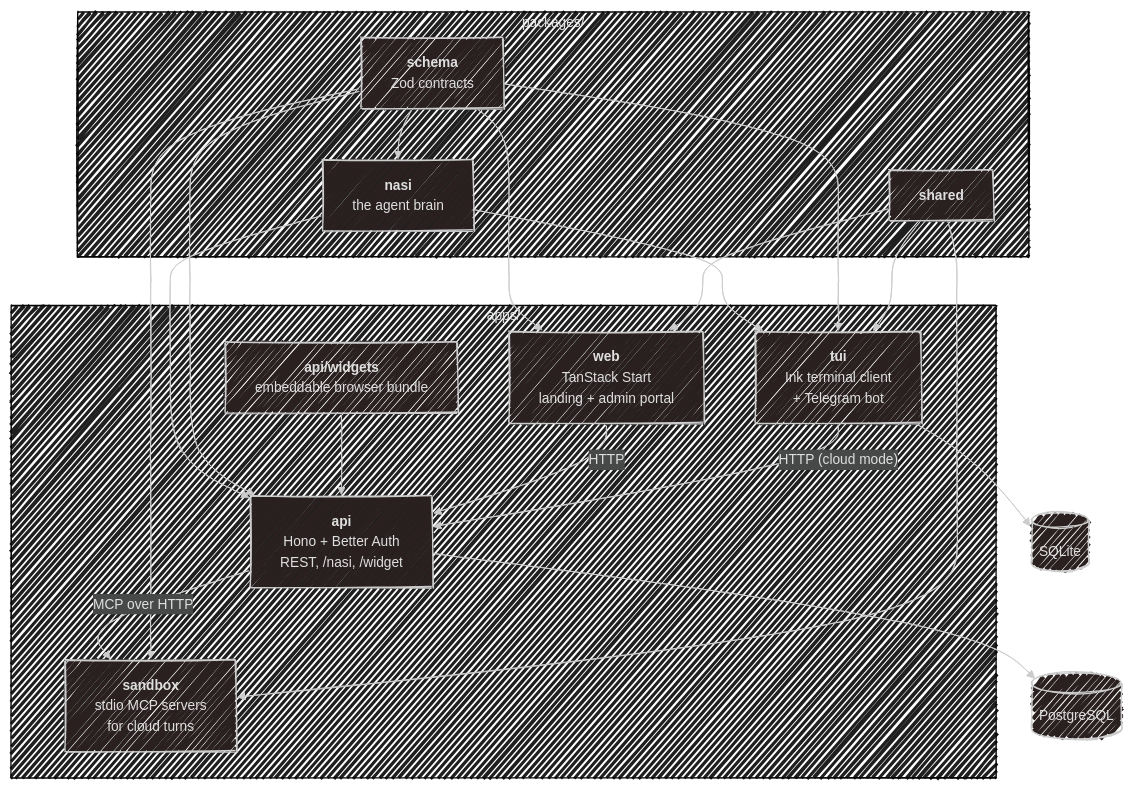
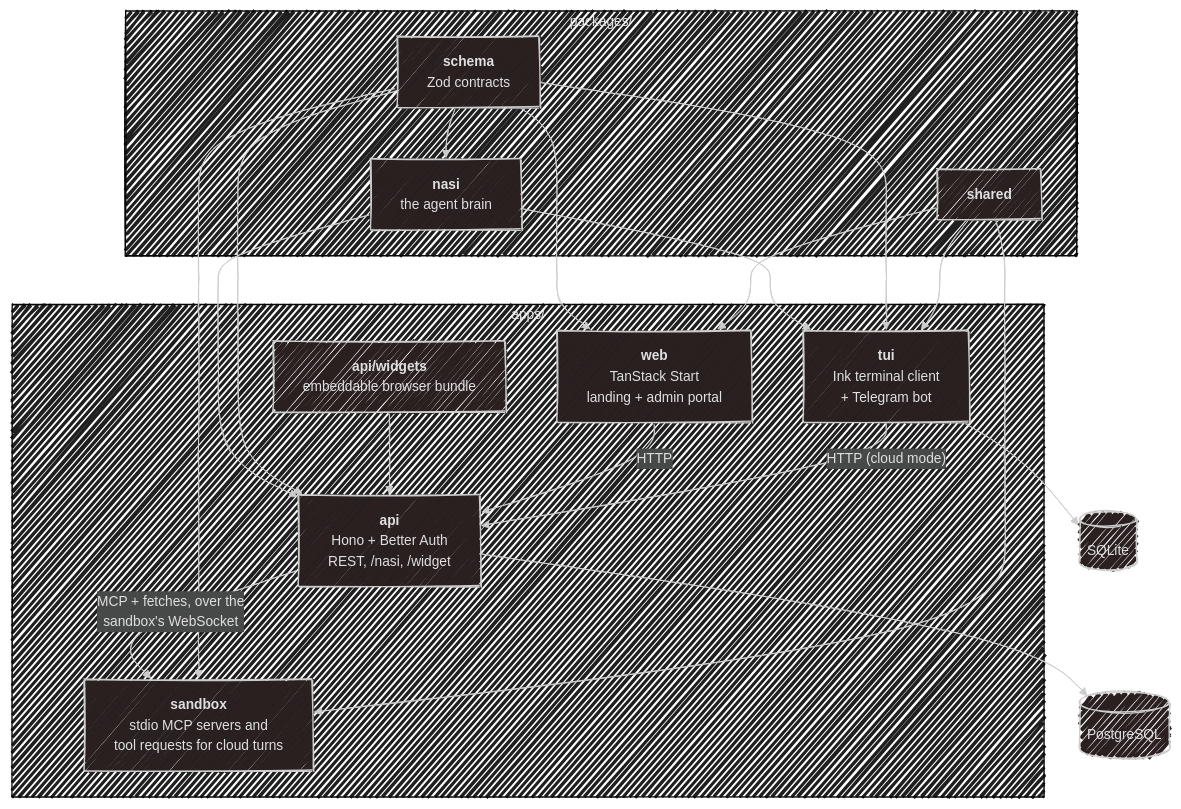
The diagram in docs/development/architecture.md (SubZtep/kaja), drawn with Mermaid before and after one commit. The commit also changed other lines of this file and 112 other files, not shown here.

````diff
--- a/docs/development/architecture.md
+++ b/docs/development/architecture.md
@@ -16,39 +16,39 @@
 ```mermaid
 ---
 config:
   look: handDrawn
   theme: neo-dark
 ---
 flowchart TD
     subgraph Apps["apps/"]
         API["<b>api</b><br>Hono + Better Auth<br>REST, /nasi, /widget"]
         WEB["<b>web</b><br>TanStack Start<br>landing + admin portal"]
         TUI["<b>tui</b><br>Ink terminal client<br>+ Telegram bot"]
         WID["<b>api/widgets</b><br>embeddable browser bundle"]
-        SBX["<b>sandbox</b><br>stdio MCP servers<br>for cloud turns"]
+        SBX["<b>sandbox</b><br>stdio MCP servers and<br>tool requests for cloud turns"]
     end
     subgraph Pkgs["packages/"]
         NASI["<b>nasi</b><br>the agent brain"]
         SCH["<b>schema</b><br>Zod contracts"]
         SHR["<b>shared</b>"]
     end
     DB[("PostgreSQL")]
     SQL[("SQLite")]
 
     NASI --> API
     NASI --> TUI
     SCH --> API
     SCH --> WEB
     SCH --> TUI
     SCH --> NASI
     SHR --> WEB
     SHR --> TUI
     WID --> API
     API --> DB
     TUI --> SQL
     WEB -->|HTTP| API
     TUI -->|"HTTP (cloud mode)"| API
-    API -->|"MCP over HTTP"| SBX
+    API -->|"MCP + fetches, over the<br>sandbox's WebSocket"| SBX
     SCH --> SBX
     SHR --> SBX
 ```
````
